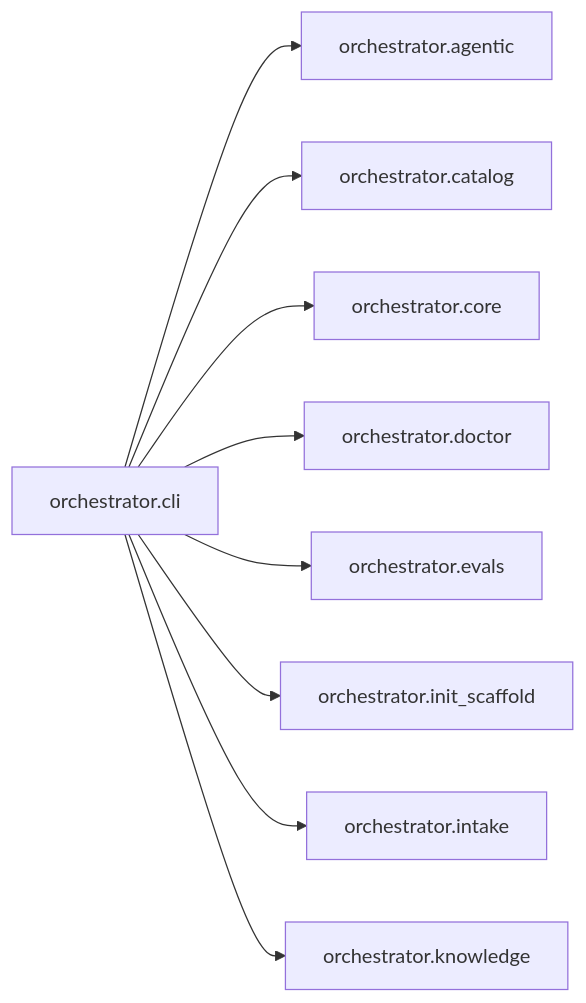
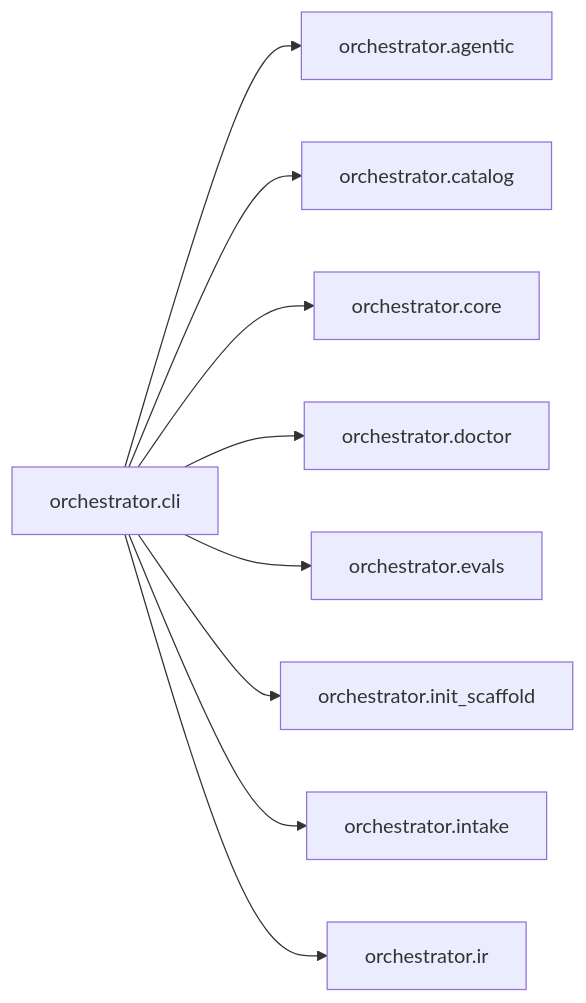
One commit to synaptixs/spine changed the diagram in episteme/areas/orchestrator.cli.md. Above: the diagram before and after it, drawn with Mermaid. The commit also changed other lines of this file and 53 other files, not shown here.

````diff
--- a/episteme/areas/orchestrator.cli.md
+++ b/episteme/areas/orchestrator.cli.md
@@ -8,20 +8,20 @@
 ```mermaid
 flowchart LR
   n0["orchestrator.cli"]
   n1["orchestrator.agentic"]
   n2["orchestrator.catalog"]
   n3["orchestrator.core"]
   n4["orchestrator.doctor"]
   n5["orchestrator.evals"]
   n6["orchestrator.init_scaffold"]
   n7["orchestrator.intake"]
-  n8["orchestrator.knowledge"]
+  n8["orchestrator.ir"]
   n0 --> n1
   n0 --> n2
   n0 --> n3
   n0 --> n4
   n0 --> n5
   n0 --> n6
   n0 --> n7
   n0 --> n8
 ```
````
